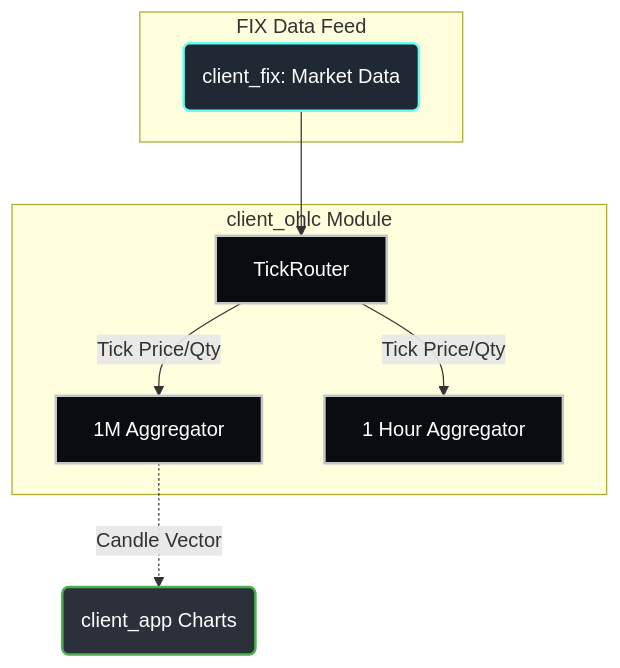
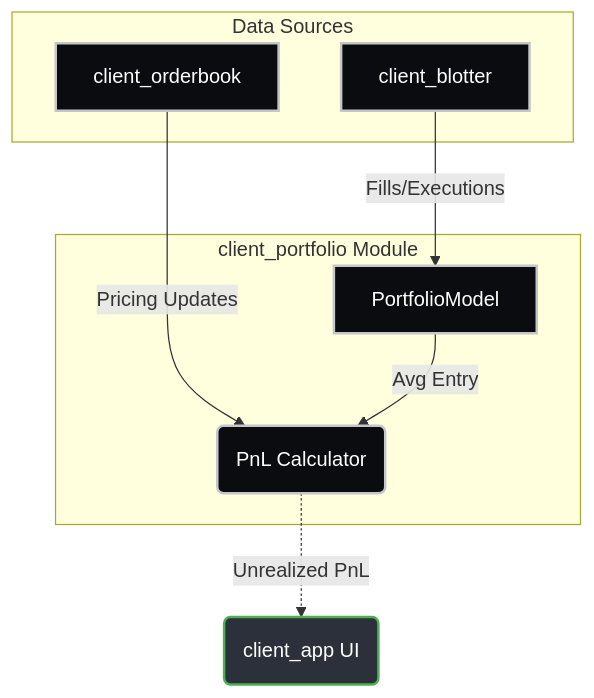
The first of 2 diagrams in client/client_portfolio/README.md (SujalChoudhari/BetaTrader), drawn with Mermaid before and after one commit. The commit also changed 1 other file, not shown here.

Commit message:
build: update Doxyfile to include modular exchange folder
- Replace 'core' with 'exchange' in the INPUT path.
- Remove obsolete EXCLUDE paths for modular sub-modules.
- Ensure all modular documentation is picked up by the Doxygen build.

````diff
--- a/client/client_portfolio/README.md
+++ b/client/client_portfolio/README.md
@@ -18,22 +18,20 @@
 ```mermaid
 graph TD
     classDef logic fill:#0b0c10,stroke:#c5c6c7,stroke-width:2px,color:white;
-    classDef net fill:#1f2833,stroke:#66fcf1,stroke-width:2px,color:white;
     classDef ui fill:#2b303a,stroke:#4caf50,stroke-width:2px,color:white;
 
-    subgraph "FIX Data Feed"
-        FEED(client_fix: Market Data):::net
+    subgraph "Data Sources"
+        BLOTTER[client_blotter]:::logic
+        OB[client_orderbook]:::logic
     end
 
-    subgraph "client_ohlc Module"
-        ROUTER[TickRouter]:::logic
-        1M[1M Aggregator]:::logic
-        H1[1 Hour Aggregator]:::logic
+    subgraph "client_portfolio Module"
+        RISK[PortfolioModel]:::logic
+        MATH(PnL Calculator):::logic
     end
 
-    FEED --> ROUTER
-    ROUTER -->|Tick Price/Qty| 1M
-    ROUTER -->|Tick Price/Qty| H1
-    
-    1M -.->|Candle Vector| UI(client_app Charts):::ui
+    BLOTTER -->|Fills/Executions| RISK
+    OB -->|Pricing Updates| MATH
+    RISK -->|Avg Entry| MATH
+    MATH -.->|Unrealized PnL| UI(client_app UI):::ui
 ```
````
